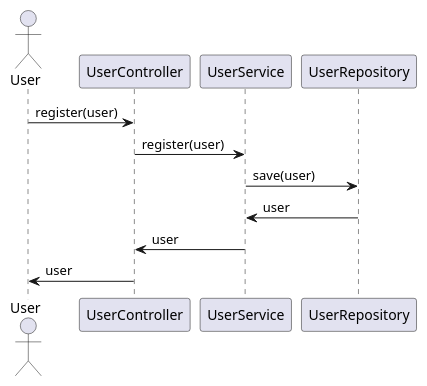
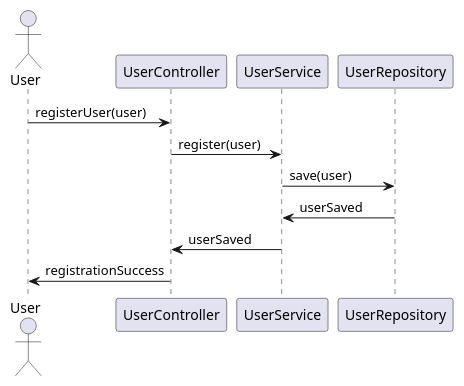
The first of 5 diagrams in identityprovider/documentation/detaileddesign.adoc (Dinesh-s95/AutoDoc.ai), drawn with PlantUML before and after one commit. The commit also changed other lines of this file and 2 other files, not shown here.

````diff
--- a/identityprovider/documentation/detaileddesign.adoc
+++ b/identityprovider/documentation/detaileddesign.adoc
@@ -129,16 +174,15 @@
-[plantuml, user-registration-sequence, png]
-----
+```plantuml
 @startuml
-actor User
-participant UserController
-participant UserService
-participant UserRepository
+actor "User" as user
+participant "UserController" as controller
+participant "UserService" as service
+participant "UserRepository" as repository
 
-User -> UserController : register(user)
-UserController -> UserService : register(user)
-UserService -> UserRepository : save(user)
-UserRepository -> UserService : user
-UserService -> UserController : user
-UserController -> User : user
+user -> controller : registerUser(user)
+controller -> service : register(user)
+service -> repository : save(user)
+repository -> service : userSaved
+service -> controller : userSaved
+controller -> user : registrationSuccess
 @enduml
-----
+```
````
